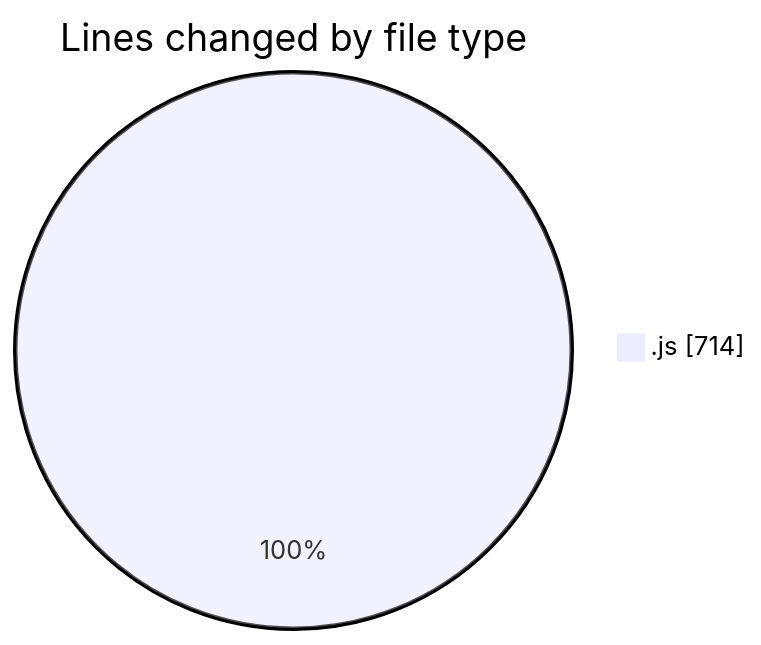
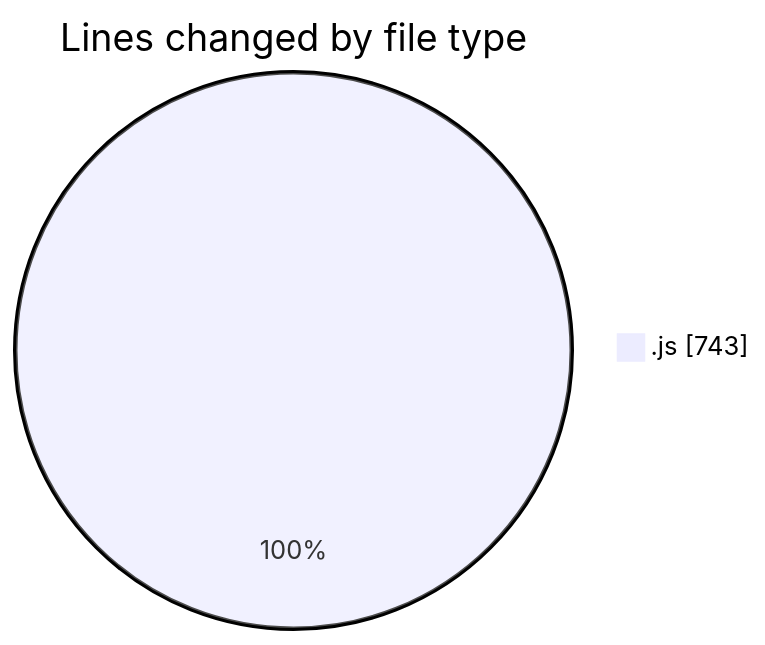
Before and after one commit to momahboobian/code-tracking: the first of 2 diagrams in 2025-03-13/cda/README.md, drawn with Mermaid. The commit also changed other lines of this file and 1 other file, not shown here.

````diff
--- a/2025-03-13/cda/README.md
+++ b/2025-03-13/cda/README.md
@@ -22,5 +22,5 @@
 ```mermaid
 pie showData
 title Lines changed by file type
-".js" : 714
+".js" : 743
 ```
````
